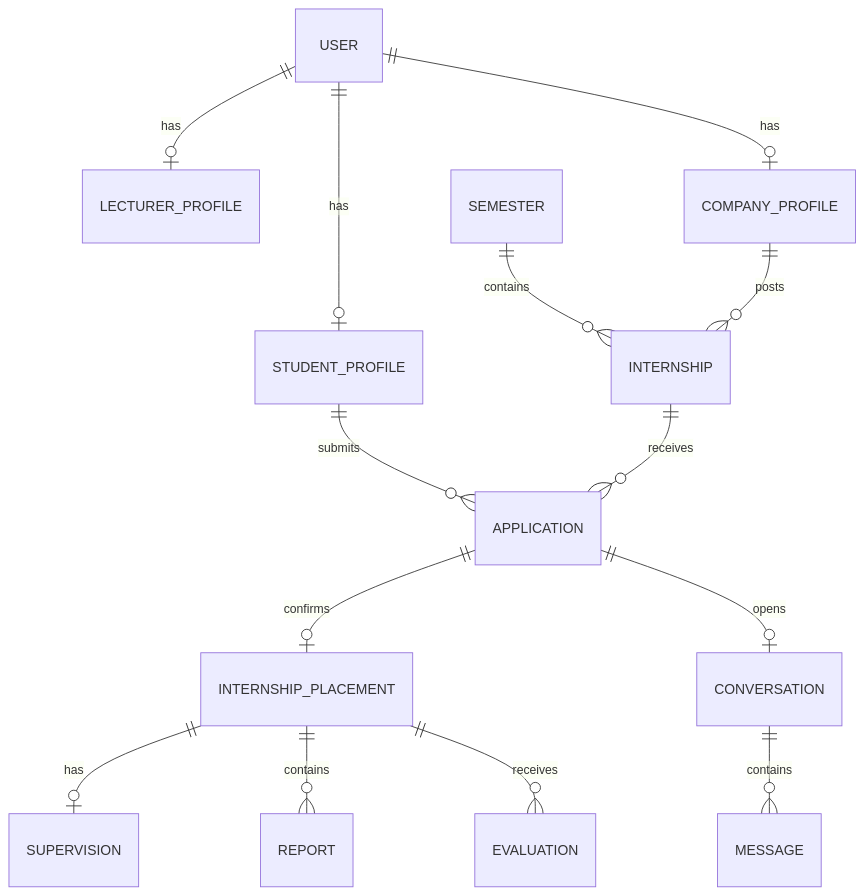
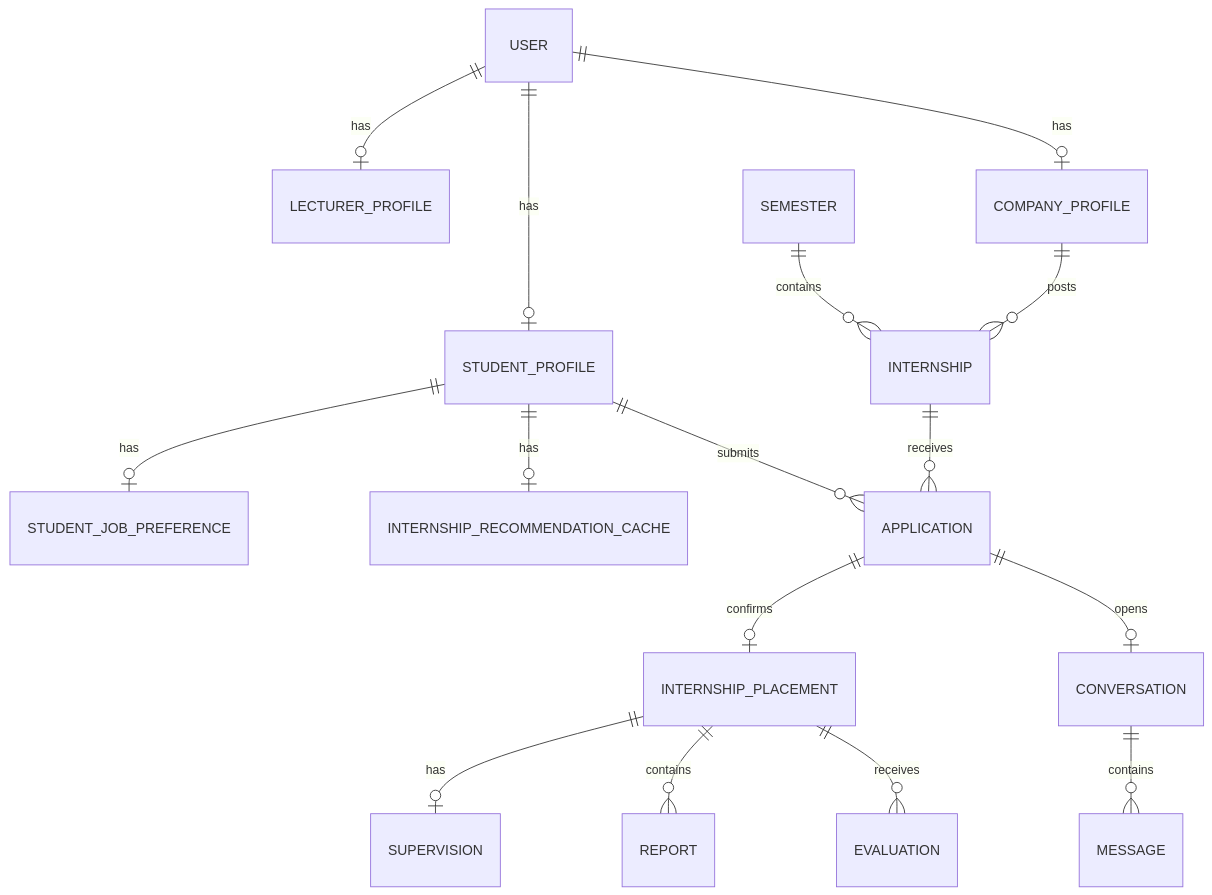
One commit to phamson1928/CareerBridge changed the second of 2 diagrams in docs/plans/systemDesign.md. Above: the diagram before and after it, drawn with Mermaid. The commit also changed other lines of this file and 10 other files, not shown here.

Commit message:
feat: initialize frontend project structure and implement core student profile and job recommendation modules

````diff
--- a/docs/plans/systemDesign.md
+++ b/docs/plans/systemDesign.md
@@ -62,16 +65,18 @@
 ```mermaid
 erDiagram
   USER ||--o| STUDENT_PROFILE : has
+  STUDENT_PROFILE ||--o| STUDENT_JOB_PREFERENCE : has
+  STUDENT_PROFILE ||--o| INTERNSHIP_RECOMMENDATION_CACHE : has
   USER ||--o| LECTURER_PROFILE : has
   USER ||--o| COMPANY_PROFILE : has
   SEMESTER ||--o{ INTERNSHIP : contains
   COMPANY_PROFILE ||--o{ INTERNSHIP : posts
   STUDENT_PROFILE ||--o{ APPLICATION : submits
   INTERNSHIP ||--o{ APPLICATION : receives
   APPLICATION ||--o| INTERNSHIP_PLACEMENT : confirms
   INTERNSHIP_PLACEMENT ||--o| SUPERVISION : has
   INTERNSHIP_PLACEMENT ||--o{ REPORT : contains
   INTERNSHIP_PLACEMENT ||--o{ EVALUATION : receives
   APPLICATION ||--o| CONVERSATION : opens
   CONVERSATION ||--o{ MESSAGE : contains
 ```
````
